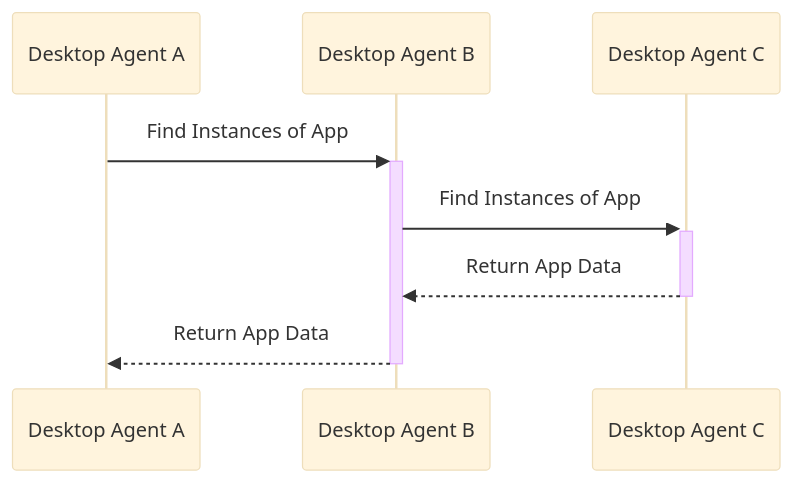
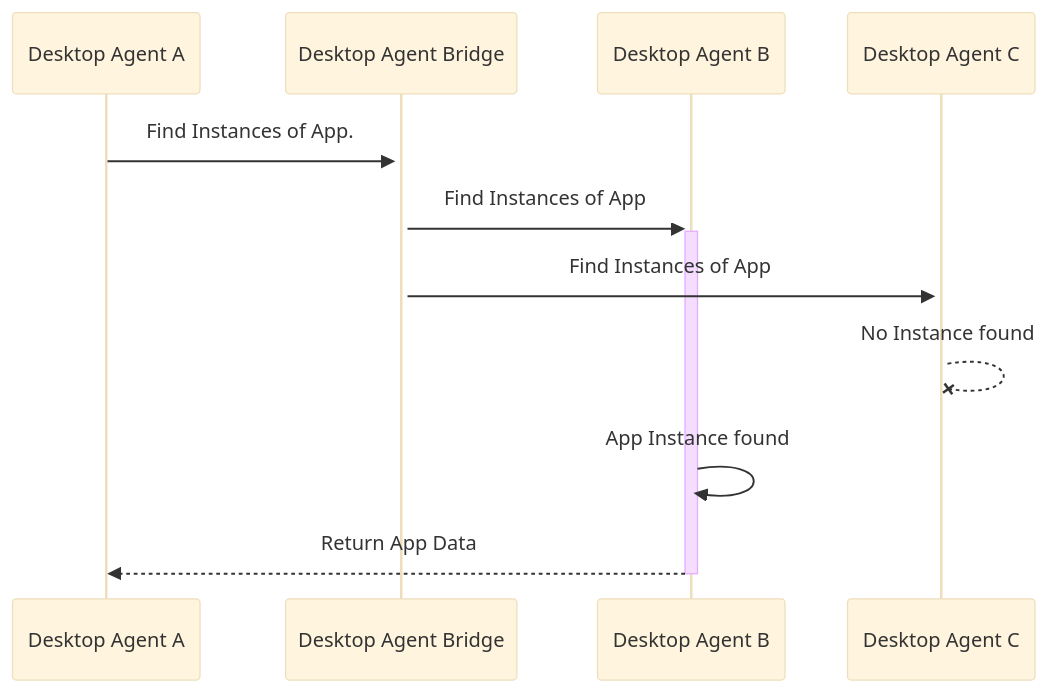
One commit to finos/FDC3 changed the sixth of 6 diagrams in docs/api-bridging/spec.md. Above: the diagram before and after it, drawn with Mermaid (base theme). The commit also changed other lines of this file, not shown here.

Commit message:
spec update - standalone bridge

````diff
--- a/docs/api-bridging/spec.md
+++ b/docs/api-bridging/spec.md
@@ -1102,10 +1162,13 @@
 ```mermaid
 sequenceDiagram
     participant DA as Desktop Agent A
+    participant DAB as Desktop Agent Bridge
     participant DB as Desktop Agent B
     participant DC as Desktop Agent C
-    DA ->>+ DB: Find Instances of App
-    DB ->>+ DC: Find Instances of App
-    DC -->>- DB: Return App Data
+    DA ->>+ DAB: Find Instances of App.
+    DAB ->>+ DB: Find Instances of App
+    DAB ->>+ DC: Find Instances of App
+    DC --x DC: No Instance found
+    DB ->> DB: App Instance found
     DB -->>- DA: Return App Data
 ```
````
